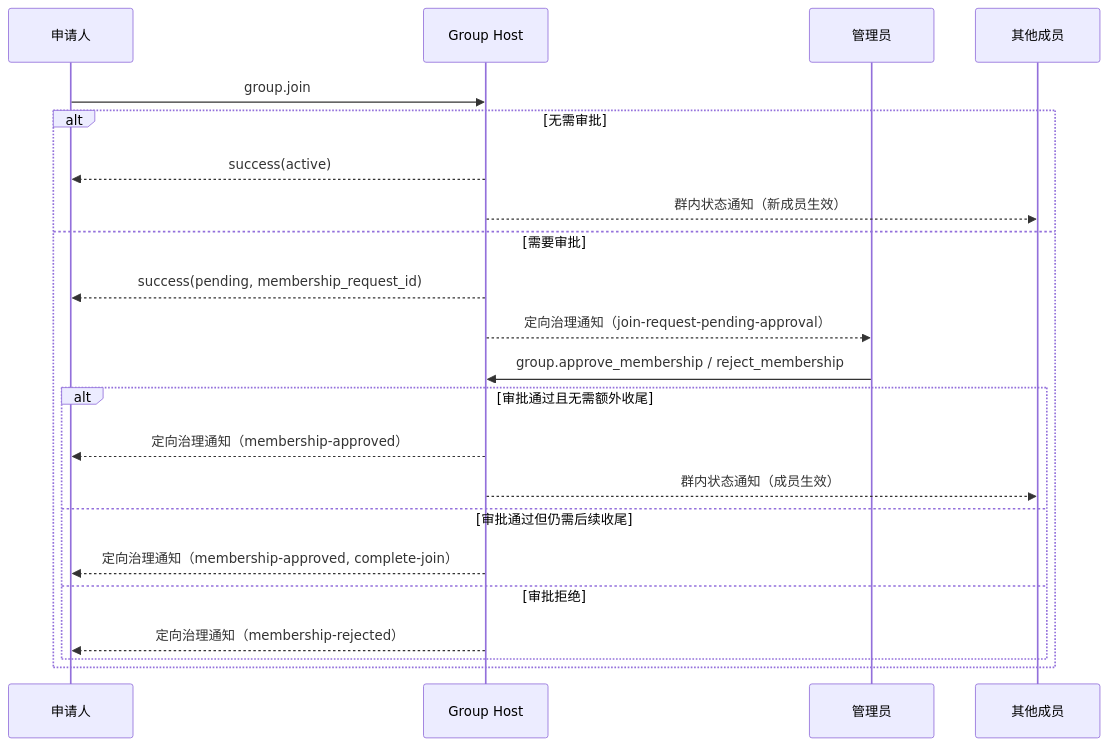
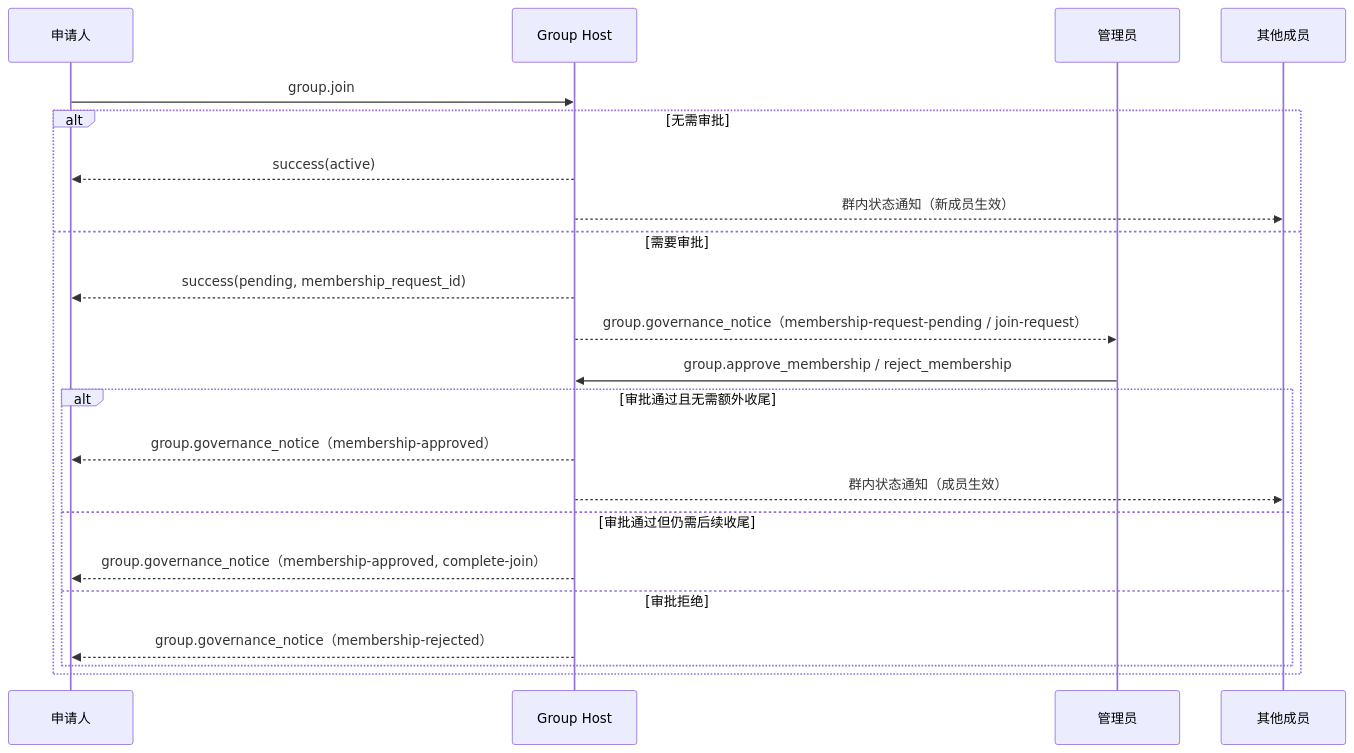
Before and after one commit to NeatNerdPrime/AgentNetworkProtocol: the second of 7 diagrams in chinese/message/04-群组基础语义.md, drawn with Mermaid. The commit also changed other lines of this file, not shown here.

Commit message:
update group base

````diff
--- a/chinese/message/04-群组基础语义.md
+++ b/chinese/message/04-群组基础语义.md
@@ -1211,25 +1231,25 @@
 ```mermaid
 sequenceDiagram
     participant Applicant as 申请人
     participant Host as Group Host
     participant Admin as 管理员
     participant Members as 其他成员
 
     Applicant->>Host: group.join
     alt 无需审批
         Host-->>Applicant: success(active)
         Host-->>Members: 群内状态通知（新成员生效）
     else 需要审批
         Host-->>Applicant: success(pending, membership_request_id)
-        Host-->>Admin: 定向治理通知（join-request-pending-approval）
+        Host-->>Admin: group.governance_notice（membership-request-pending / join-request）
         Admin->>Host: group.approve_membership / reject_membership
         alt 审批通过且无需额外收尾
-            Host-->>Applicant: 定向治理通知（membership-approved）
+            Host-->>Applicant: group.governance_notice（membership-approved）
             Host-->>Members: 群内状态通知（成员生效）
         else 审批通过但仍需后续收尾
-            Host-->>Applicant: 定向治理通知（membership-approved, complete-join）
+            Host-->>Applicant: group.governance_notice（membership-approved, complete-join）
         else 审批拒绝
-            Host-->>Applicant: 定向治理通知（membership-rejected）
+            Host-->>Applicant: group.governance_notice（membership-rejected）
         end
     end
 ```
````
